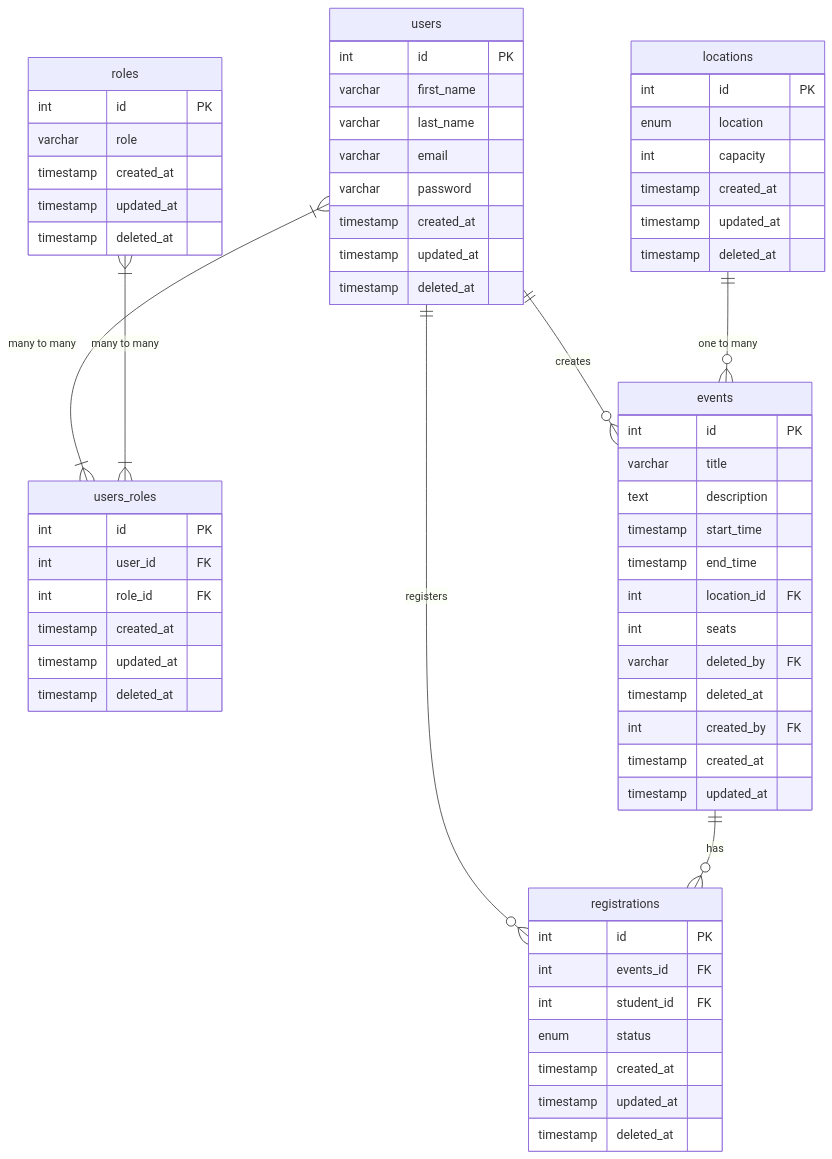
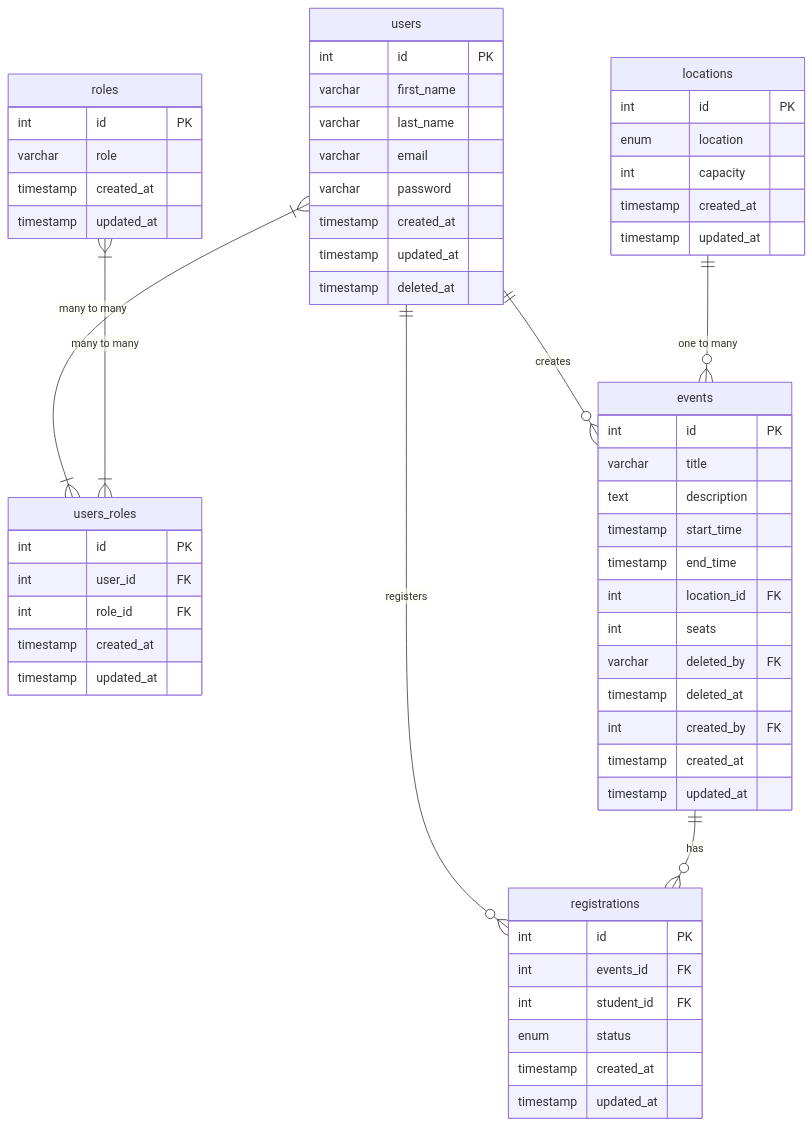
Before and after one commit to sarvjeet24kumar/Project-Documentation: the diagram in docs/er_diagram.md, drawn with Mermaid. The commit also changed 19526 other files, not shown here.

Commit message:
fix: updated architecture diagram

````diff
--- a/docs/er_diagram.md
+++ b/docs/er_diagram.md
@@ -1,72 +1,69 @@
 ```mermaid
 erDiagram
     users {
         int id PK
         varchar first_name
         varchar last_name
         varchar email
         varchar password
         timestamp created_at
         timestamp updated_at
         timestamp deleted_at
     }
 
     roles {
         int id PK
         varchar role
         timestamp created_at
         timestamp updated_at
-        timestamp deleted_at
+        
     }
     users_roles{
         int id PK
         int user_id FK
         int role_id FK
         timestamp created_at
         timestamp updated_at
-        timestamp deleted_at
     }
 
     events {
         int id PK
         varchar title
         text description
         timestamp start_time
         timestamp end_time
         int location_id FK
         int seats
         varchar deleted_by FK
         timestamp deleted_at
         int created_by FK
         timestamp created_at
         timestamp updated_at
     }
     locations {
         int id PK
         enum location
         int  capacity
         timestamp created_at
         timestamp updated_at
-        timestamp deleted_at
     }
 
     registrations {
         int id PK
         int events_id FK
         int student_id FK
         enum status
         timestamp created_at
         timestamp updated_at
-        timestamp deleted_at
     }
 
     users ||--o{ events : "creates"
     users }|--|{ users_roles : "many to many"
     roles }|--|{ users_roles : "many to many"
 
     locations ||--o{ events : "one to many"
 
     users ||--o{ registrations : "registers"
     events ||--o{ registrations : "has"
 
 ```
````
